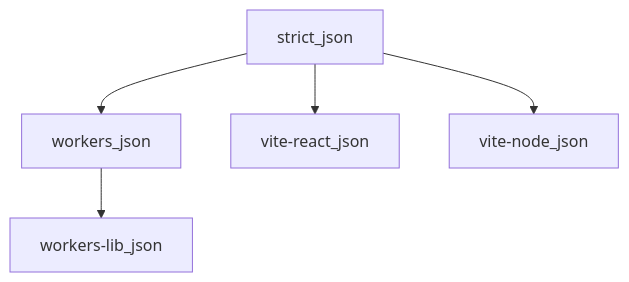
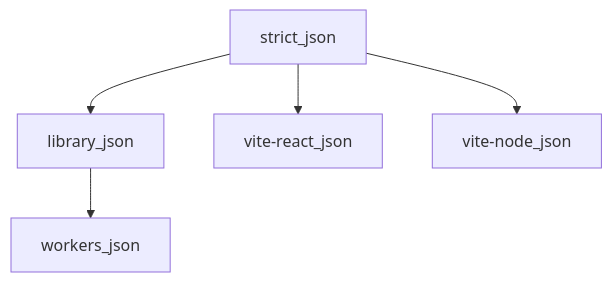
Before and after one commit to louisbrulenaudet/monorepo-template: the diagram in packages/typescript-config/README.md, drawn with Mermaid. The commit also changed other lines of this file and 118 other files, not shown here.

````diff
--- a/packages/typescript-config/README.md
+++ b/packages/typescript-config/README.md
@@ -132,8 +134,8 @@
 ```mermaid
 flowchart TD
   Strict[strict_json]
-  Strict --> Workers[workers_json]
+  Strict --> Library[library_json]
+  Library --> Workers[workers_json]
   Strict --> ViteReact[vite-react_json]
   Strict --> ViteNode[vite-node_json]
-  Workers --> WorkersLib[workers-lib_json]
 ```
````
